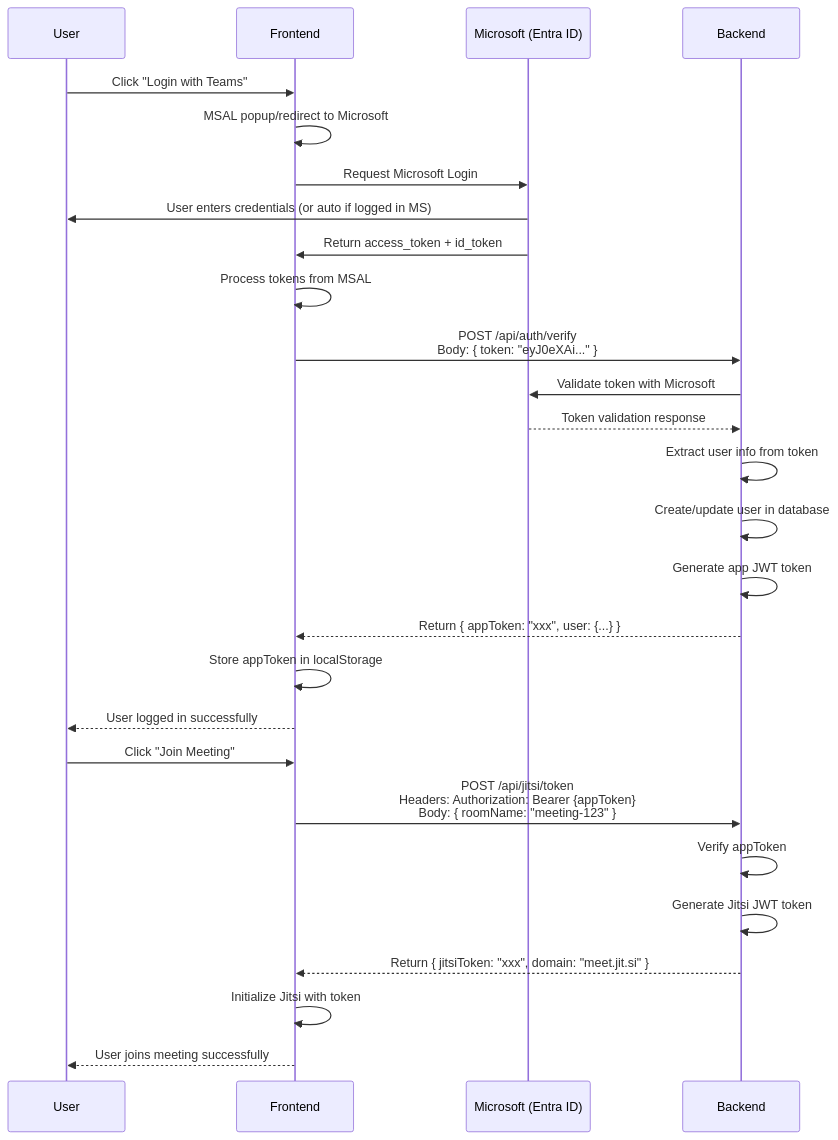
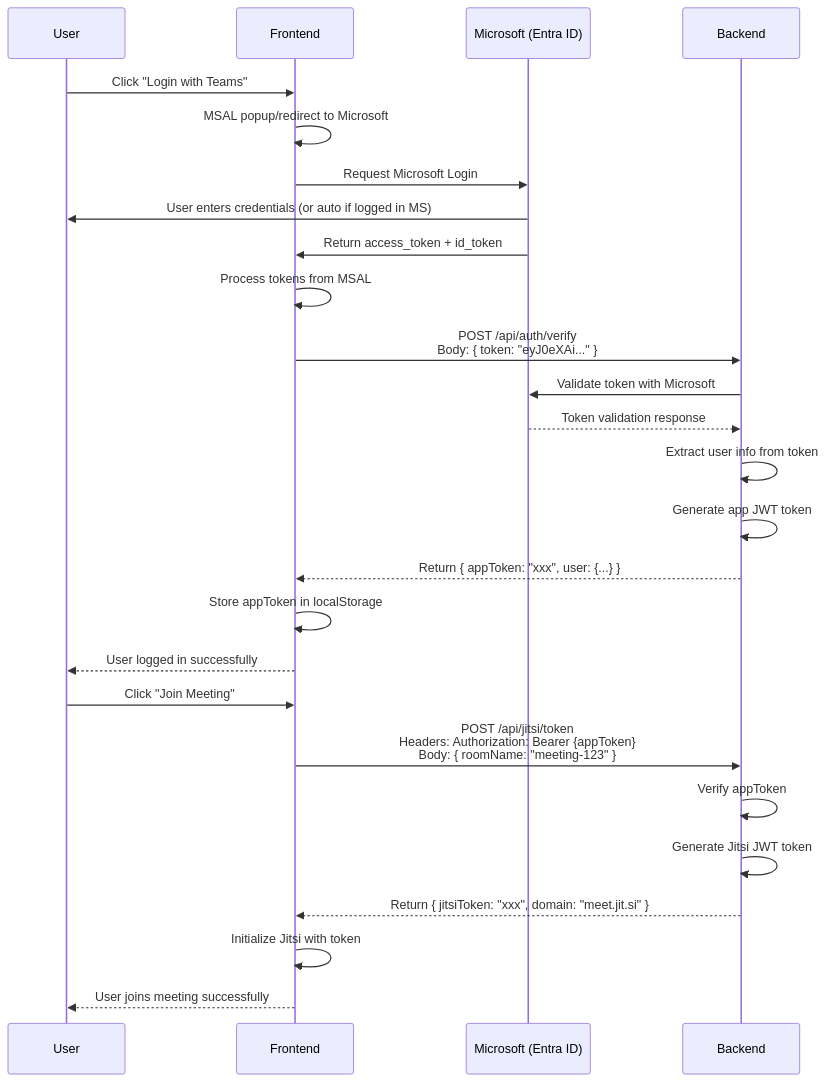
The diagram in projects/GEM/video-conference/auth-flow-v2.md (pnam16/foam), drawn with Mermaid before and after one commit.

Commit message:
Oct 27, 2025, 8:36 AM

````diff
--- a/projects/GEM/video-conference/auth-flow-v2.md
+++ b/projects/GEM/video-conference/auth-flow-v2.md
@@ -45,30 +45,29 @@
 ```mermaid
 sequenceDiagram
   participant U as User
   participant F as Frontend
   participant M as Microsoft (Entra ID)
   participant B as Backend
 
   U->>F: Click "Login with Teams"
   F->>F: MSAL popup/redirect to Microsoft
   F->>M: Request Microsoft Login
   M->>U: User enters credentials (or auto if logged in MS)
   M->>F: Return access_token + id_token
   F->>F: Process tokens from MSAL
   F->>B: POST /api/auth/verify<br/>Body: { token: "eyJ0eXAi..." }
   B->>M: Validate token with Microsoft
   M-->>B: Token validation response
   B->>B: Extract user info from token
-  B->>B: Create/update user in database
   B->>B: Generate app JWT token
   B-->>F: Return { appToken: "xxx", user: {...} }
   F->>F: Store appToken in localStorage
   F-->>U: User logged in successfully
   U->>F: Click "Join Meeting"
   F->>B: POST /api/jitsi/token<br/>Headers: Authorization: Bearer {appToken}<br/>Body: { roomName: "meeting-123" }
   B->>B: Verify appToken
   B->>B: Generate Jitsi JWT token
   B-->>F: Return { jitsiToken: "xxx", domain: "meet.jit.si" }
   F->>F: Initialize Jitsi with token
   F-->>U: User joins meeting successfully
 ```
````
